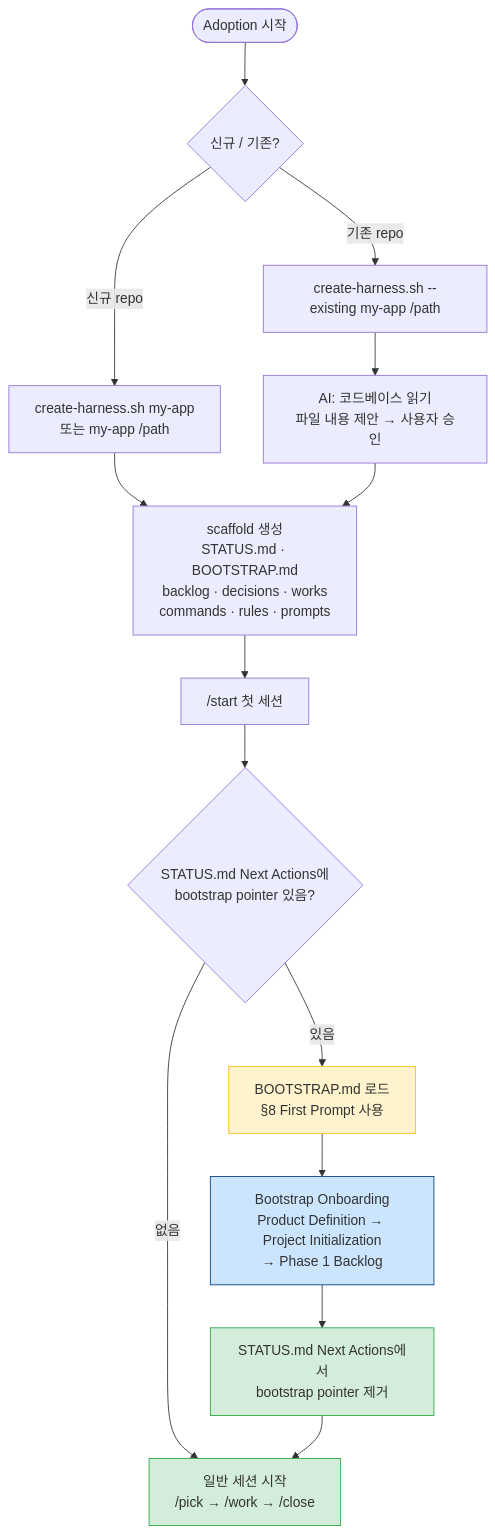
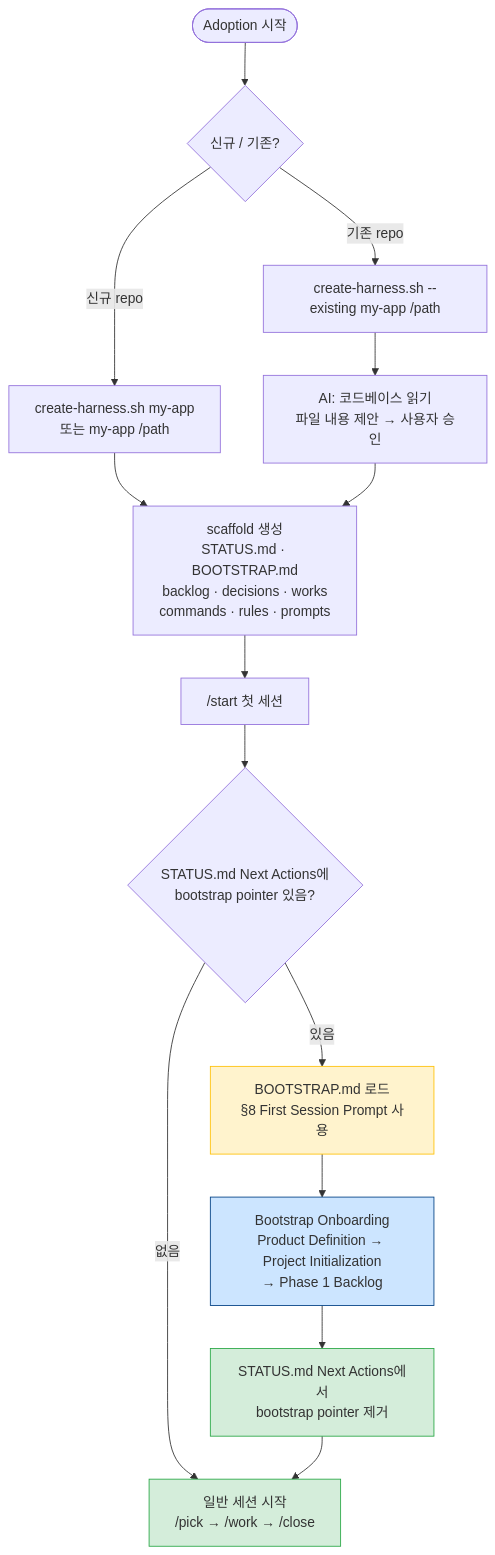
The sixth of 6 diagrams in README.md (kyungseo/ai-workflow-harness), drawn with Mermaid before and after one commit. The commit also changed other lines of this file and 12 other files, not shown here.

````diff
--- a/README.md
+++ b/README.md
@@ -402,29 +403,29 @@
 ```mermaid
 flowchart TD
     A(["Adoption 시작"]) --> B{"신규 / 기존?"}
 
     B -- "신규 repo" --> C["create-harness.sh my-app\n또는 my-app /path"]
     B -- "기존 repo" --> D["create-harness.sh --existing my-app /path"]
 
     C --> E["scaffold 생성\nSTATUS.md · BOOTSTRAP.md\nbacklog · decisions · works\ncommands · rules · prompts"]
     D --> F["AI: 코드베이스 읽기\n파일 내용 제안 → 사용자 승인"]
     F --> E
 
     E --> G["/start 첫 세션"]
 
     G --> H{"STATUS.md Next Actions에\nbootstrap pointer 있음?"}
 
     H -- "없음" --> I["일반 세션 시작\n/pick → /work → /close"]
-    H -- "있음" --> J["BOOTSTRAP.md 로드\n§8 First Prompt 사용"]
+    H -- "있음" --> J["BOOTSTRAP.md 로드\n§8 First Session Prompt 사용"]
 
     J --> K["Bootstrap Onboarding\nProduct Definition → Project Initialization\n→ Phase 1 Backlog"]
 
     K --> L["STATUS.md Next Actions에서\nbootstrap pointer 제거"]
 
     L --> I
 
     style J fill:#fff3cd,stroke:#ffc107
     style K fill:#cce5ff,stroke:#004085
     style L fill:#d4edda,stroke:#28a745
     style I fill:#d4edda,stroke:#28a745
 ```
````
